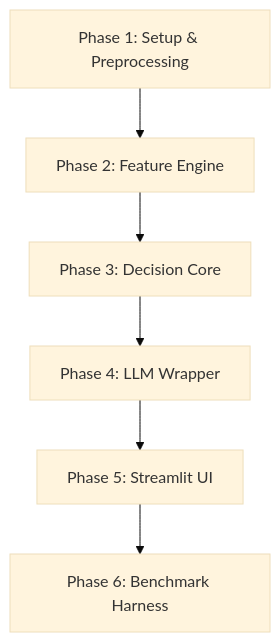
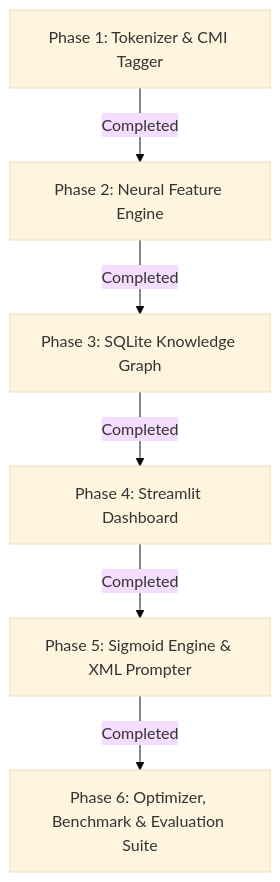
The diagram in docs/implementation_plan.md (ISHANTARE/Project-1), drawn with Mermaid (base theme) before and after one commit. The commit also changed other lines of this file and 36 other files, not shown here.

````diff
--- a/docs/implementation_plan.md
+++ b/docs/implementation_plan.md
@@ -9,8 +9,8 @@
 ```mermaid
 graph TD
-    P1[Phase 1: Setup & Preprocessing] --> P2[Phase 2: Feature Engine]
-    P2 --> P3[Phase 3: Decision Core]
-    P3 --> P4[Phase 4: LLM Wrapper]
-    P4 --> P5[Phase 5: Streamlit UI]
-    P5 --> P6[Phase 6: Benchmark Harness]
+    P1[Phase 1: Tokenizer & CMI Tagger] -->|Completed| P2[Phase 2: Neural Feature Engine]
+    P2 -->|Completed| P3[Phase 3: SQLite Knowledge Graph]
+    P3 -->|Completed| P4[Phase 4: Streamlit Dashboard]
+    P4 -->|Completed| P5[Phase 5: Sigmoid Engine & XML Prompter]
+    P5 -->|Completed| P6[Phase 6: Optimizer, Benchmark & Evaluation Suite]
 ```
````
